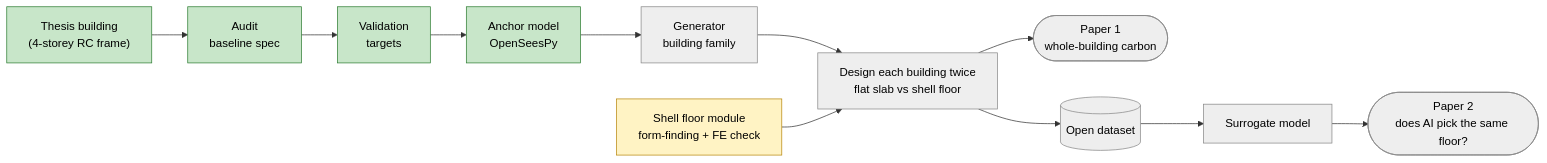
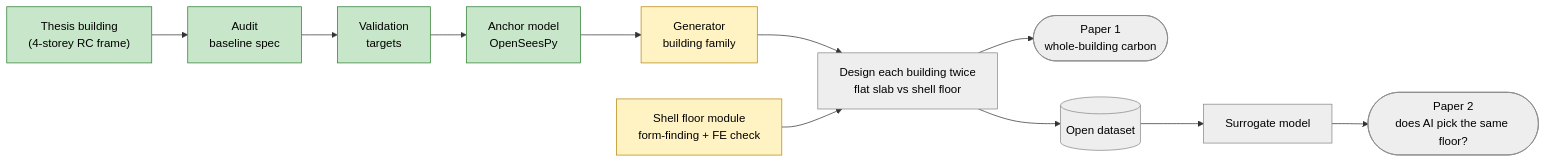
The first of 2 diagrams in README.md (syednafizreja/ShellBench), drawn with Mermaid before and after one commit. The commit also changed other lines of this file, not shown here.

Commit message:
Update README landing page: status, roadmap, progress timeline, citation

````diff
--- a/README.md
+++ b/README.md
@@ -33,19 +36,19 @@
 ```mermaid
 flowchart LR
     T["Thesis building<br/>(4-storey RC frame)"] --> A["Audit<br/>baseline spec"]
     A --> V["Validation<br/>targets"]
     V --> M["Anchor model<br/>OpenSeesPy"]
     M --> G["Generator<br/>building family"]
     G --> F["Design each building twice<br/>flat slab vs shell floor"]
     S["Shell floor module<br/>form-finding + FE check"] --> F
     F --> P1(["Paper 1<br/>whole-building carbon"])
     F --> D[("Open dataset")]
     D --> AI["Surrogate model"] --> P2(["Paper 2<br/>does AI pick the same floor?"])
 
     classDef done fill:#c8e6c9,stroke:#2e7d32,color:#000;
     classDef doing fill:#fff3c4,stroke:#b8860b,color:#000;
     classDef todo fill:#eeeeee,stroke:#888,color:#000;
     class T,A,V,M done;
-    class S doing;
-    class G,F,D,AI,P1,P2 todo;
+    class S,G doing;
+    class F,D,AI,P1,P2 todo;
 ```
````
